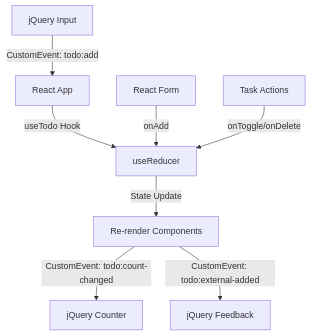
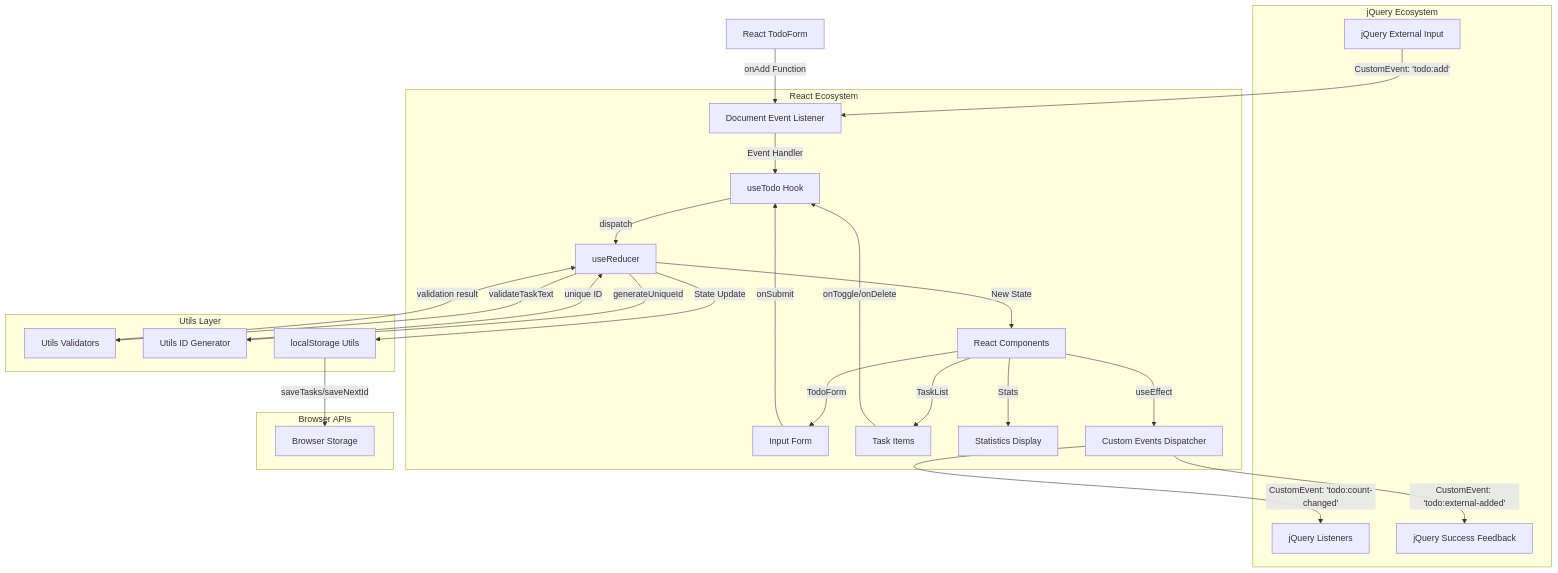
Before and after one commit to AyozeJesus/todo-task: the diagram in README.md, drawn with Mermaid. The commit also changed other lines of this file and 10 other files, not shown here.

````diff
--- a/README.md
+++ b/README.md
@@ -113,11 +160,61 @@
 ```mermaid
 graph TD
-    A[jQuery Input] -->|CustomEvent: todo:add| B[React App]
-    B -->|useTodo Hook| C[useReducer]
-    C -->|State Update| D[Re-render Components]
-    D -->|CustomEvent: todo:count-changed| E[jQuery Counter]
-    D -->|CustomEvent: todo:external-added| F[jQuery Feedback]
+    %% Entrada de datos
+    A[jQuery External Input] -->|CustomEvent: 'todo:add'| B[Document Event Listener]
+    G[React TodoForm] -->|onAdd Function| B
 
-    G[React Form] -->|onAdd| C
-    H[Task Actions] -->|onToggle/onDelete| C
+    %% Procesamiento central
+    B -->|Event Handler| C[useTodo Hook]
+    C -->|dispatch| D[useReducer]
+    D -->|validateTaskText| E[Utils Validators]
+    E -->|validation result| D
+    D -->|generateUniqueId| F[Utils ID Generator]
+    F -->|unique ID| D
+
+    %% Persistencia
+    D -->|State Update| H[localStorage Utils]
+    H -->|saveTasks/saveNextId| I[Browser Storage]
+
+    %% Re-renderizado
+    D -->|New State| J[React Components]
+    J -->|TodoForm| K[Input Form]
+    J -->|TaskList| L[Task Items]
+    J -->|Stats| M[Statistics Display]
+
+    %% Salida hacia jQuery
+    J -->|useEffect| N[Custom Events Dispatcher]
+    N -->|CustomEvent: 'todo:count-changed'| O[jQuery Listeners]
+    N -->|CustomEvent: 'todo:external-added'| P[jQuery Success Feedback]
+
+    %% Acciones de usuario
+    L -->|onToggle/onDelete| C
+    K -->|onSubmit| C
+
+    %% Estilos y clases CSS
+    subgraph "React Ecosystem"
+        B
+        C
+        D
+        J
+        K
+        L
+        M
+        N
+    end
+
+    subgraph "Utils Layer"
+        E
+        F
+        H
+    end
+
+    subgraph "jQuery Ecosystem"
+        A
+        O
+        P
+    end
+
+    subgraph "Browser APIs"
+        I
+    end
 ```
````
